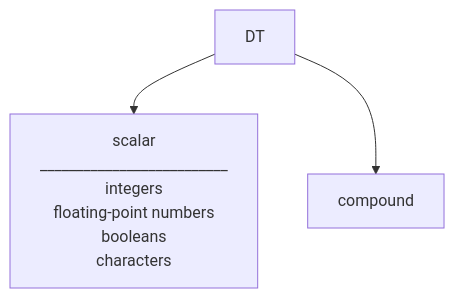
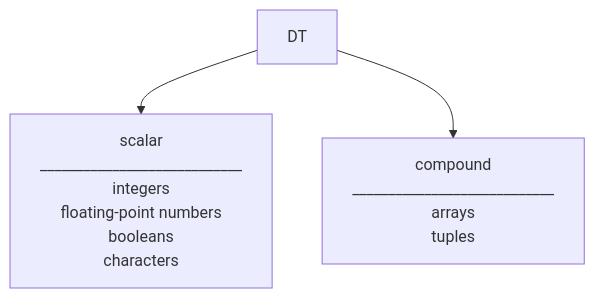
The diagram in README.md (Phastboy/fuzzy-telegram), drawn with Mermaid before and after one commit.

````diff
--- a/README.md
+++ b/README.md
@@ -49,10 +49,13 @@
 ``` mermaid
 graph TD;
-    DT --> scalar["`scalar
-        __________________________
+    DT --> s["`scalar
+        ____________________________
         integers
         floating-point numbers
         booleans
         characters`"]
-    DT --> compound
+    DT --> c["`compound
+        ____________________________
+        arrays
+        tuples`"]
 ```
````
